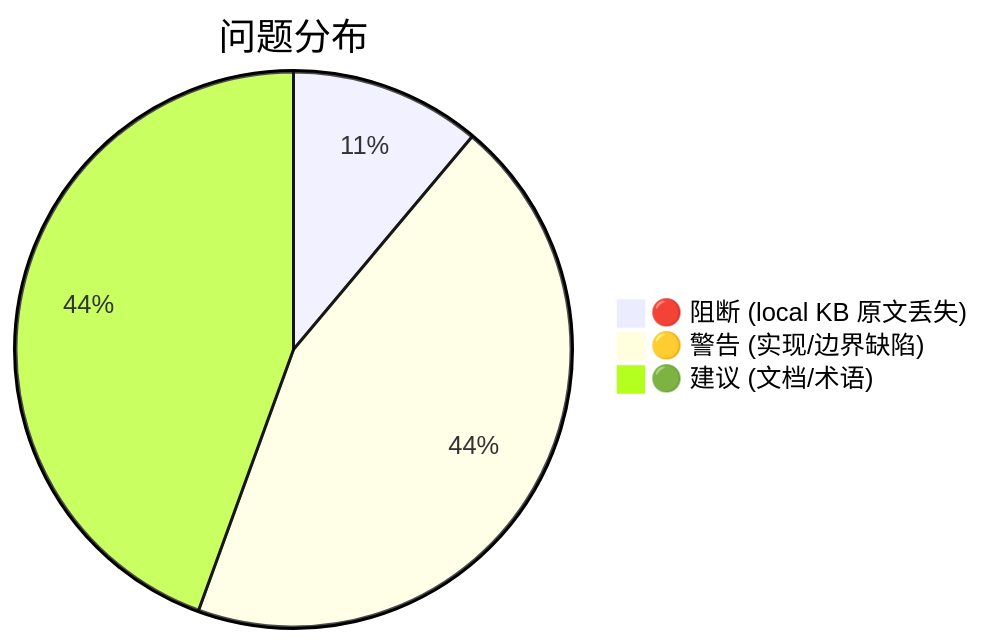
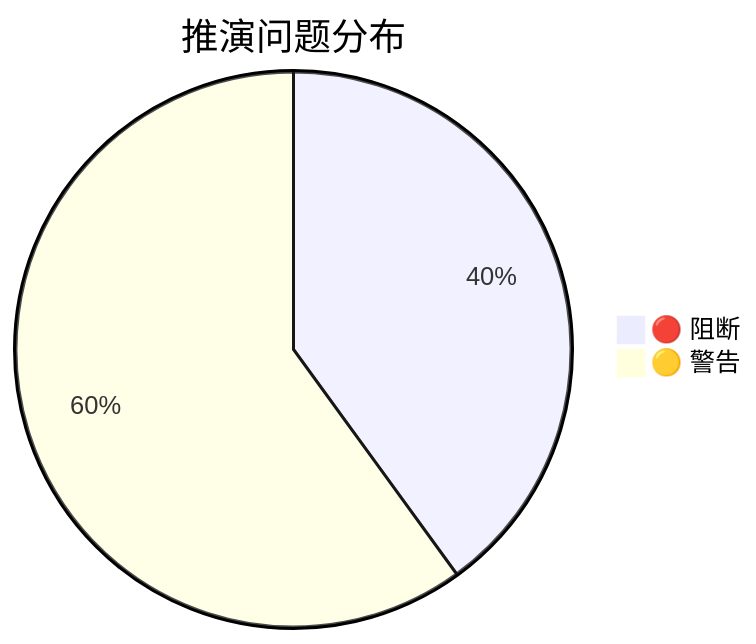
The first of 2 diagrams in .requirements/2026-08-07-向量库导入中断防护与自愈/review/scenario-rehearsal.md (HACK-WU/kisearch), drawn with Mermaid before and after one commit. The commit also changed other lines of this file and 38 other files, not shown here.

````diff
--- a/.requirements/2026-08-07-向量库导入中断防护与自愈/review/scenario-rehearsal.md
+++ b/.requirements/2026-08-07-向量库导入中断防护与自愈/review/scenario-rehearsal.md
@@ -159,6 +135,5 @@
 ```mermaid
-pie title 问题分布
-    "🔴 阻断 (local KB 原文丢失)" : 1
-    "🟡 警告 (实现/边界缺陷)" : 4
-    "🟢 建议 (文档/术语)" : 4
+pie title 推演问题分布
+    "🔴 阻断" : 2
+    "🟡 警告" : 3
 ```
````
